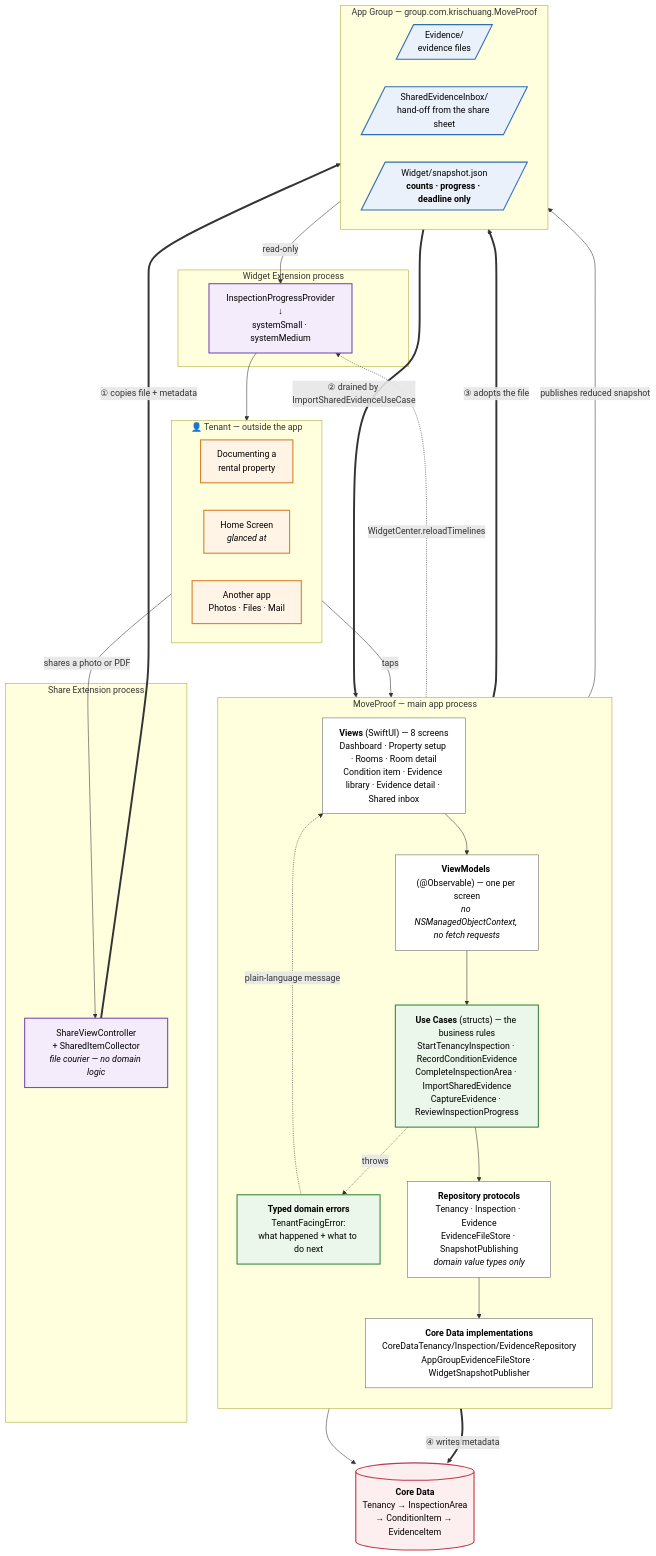
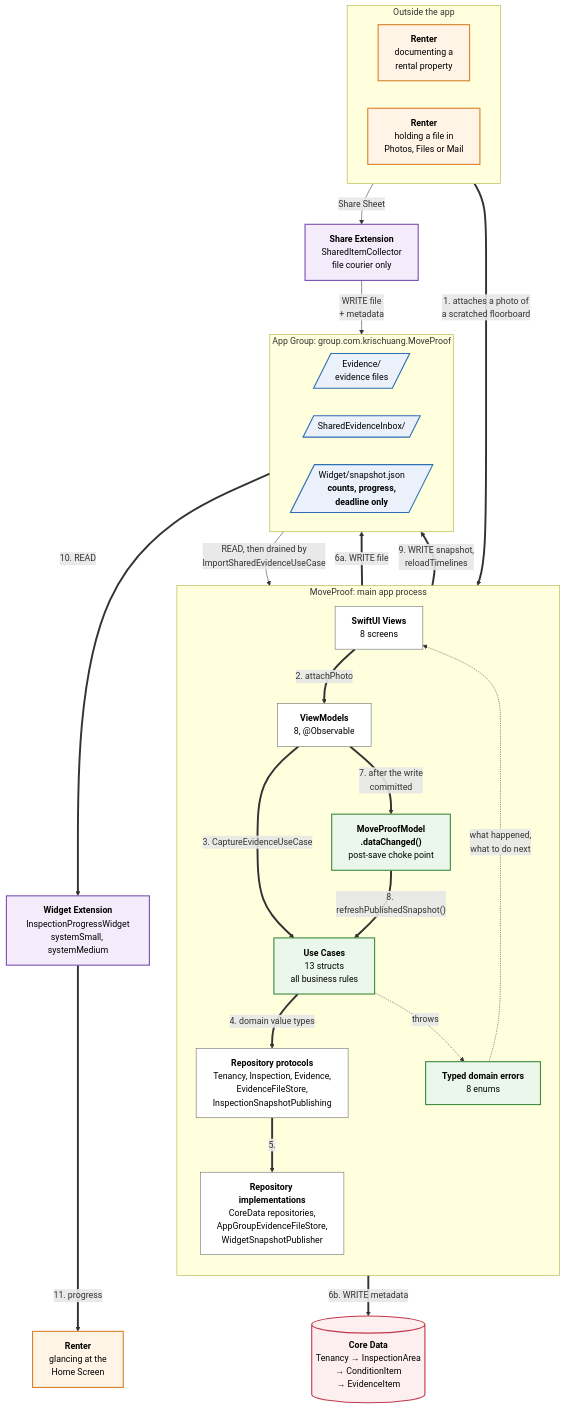
Before and after one commit to krischuang/MoveProof: the diagram in docs/architecture.mmd, drawn with Mermaid. The commit also changed 6 other files, not shown here.

First line of the commit message:
docs: align the README, diagram and assessment report with the implementation

```diff
--- a/docs/architecture.mmd
+++ b/docs/architecture.mmd
@@ -1,92 +1,87 @@
-%% MoveProof — architecture and primary use-case data flow
-%% (comment)
-%% Render:  npx @mermaid-js/mermaid-cli -i docs/architecture.mmd -o architecture.png -b white
+%% MoveProof: platform-integrated architecture and primary evidence-capture flow
+%% .
+%% Render (high resolution, for the report):
+%%   npx -y @mermaid-js/mermaid-cli@11 -i docs/architecture.mmd \
+%%     -o docs/architecture.png -c docs/mermaid-config.json -b white -s 3
 %% or paste into https://mermaid.live
-%% (comment)
-%% Reads top to bottom. The human boundary is the top row; the two extension
-%% processes are on the right; everything between the Views box and Core Data is
-%% the main app, and each arrow downward is a layer the code may not skip.
+%% .
+%% Reads top to bottom. The top row is outside the app, so the boundary between the
+%% renter and the system is explicit. Each downward arrow inside the main app is a
+%% layer the code may not skip, and the numbers follow one real workflow: the renter
+%% attaches a photograph to a condition item, and the Home Screen widget catches up
+%% with it. READ and WRITE are labelled on every arrow crossing into the App Group.
 
 flowchart TB
 
-    %% ---------- Human boundary ----------
-    subgraph HUMAN["👤 Tenant — outside the app"]
+    %% ---------- Human / system boundary ----------
+    subgraph HUMAN["Outside the app"]
         direction LR
-        T["Documenting a<br/>rental property"]
-        HS["Home Screen<br/><i>glanced at</i>"]
-        OTHER["Another app<br/>Photos · Files · Mail"]
+        T["<b>Renter</b><br/>documenting a<br/>rental property"]
+        OTHER["<b>Renter</b><br/>holding a file in<br/>Photos, Files or Mail"]
     end
 
     %% ---------- Main app ----------
-    subgraph APP["MoveProof — main app process"]
+    subgraph APP["MoveProof: main app process"]
         direction TB
-
-        V["<b>Views</b> (SwiftUI) — 8 screens<br/>Dashboard · Property setup · Rooms · Room detail<br/>Condition item · Evidence library · Evidence detail · Shared inbox"]
-
-        VM["<b>ViewModels</b> (@Observable) — one per screen<br/><i>no NSManagedObjectContext, no fetch requests</i>"]
-
-        UC["<b>Use Cases</b> (structs) — the business rules<br/>StartTenancyInspection · RecordConditionEvidence<br/>CompleteInspectionArea · ImportSharedEvidence<br/>CaptureEvidence · ReviewInspectionProgress"]
-
-        ERR["<b>Typed domain errors</b><br/>TenantFacingError:<br/>what happened + what to do next"]
-
-        REPO["<b>Repository protocols</b><br/>Tenancy · Inspection · Evidence<br/>EvidenceFileStore · SnapshotPublishing<br/><i>domain value types only</i>"]
-
-        IMPL["<b>Core Data implementations</b><br/>CoreDataTenancy/Inspection/EvidenceRepository<br/>AppGroupEvidenceFileStore · WidgetSnapshotPublisher"]
+        V["<b>SwiftUI Views</b><br/>8 screens"]
+        VM["<b>ViewModels</b><br/>8, @Observable"]
+        UC["<b>Use Cases</b><br/>13 structs<br/>all business rules"]
+        MODEL["<b>MoveProofModel</b><br/><b>.dataChanged()</b><br/>post-save choke point"]
+        ERR["<b>Typed domain errors</b><br/>8 enums"]
+        REPO["<b>Repository protocols</b><br/>Tenancy, Inspection, Evidence,<br/>EvidenceFileStore,<br/>InspectionSnapshotPublishing"]
+        IMPL["<b>Repository implementations</b><br/>CoreData repositories,<br/>AppGroupEvidenceFileStore,<br/>WidgetSnapshotPublisher"]
     end
 
-    CD[("<b>Core Data</b><br/>Tenancy → InspectionArea<br/>→ ConditionItem → EvidenceItem")]
+    CD[("<b>Core Data</b><br/>Tenancy → InspectionArea<br/>→ ConditionItem<br/>→ EvidenceItem")]
 
     %% ---------- Shared container ----------
-    subgraph GROUP["App Group — group.com.krischuang.MoveProof"]
+    subgraph GROUP["App Group: group.com.krischuang.MoveProof"]
         direction LR
         G_EV[/"Evidence/<br/>evidence files"/]
-        G_IN[/"SharedEvidenceInbox/<br/>hand-off from the share sheet"/]
-        G_WI[/"Widget/snapshot.json<br/><b>counts · progress · deadline only</b>"/]
+        G_IN[/"SharedEvidenceInbox/"/]
+        G_WI[/"Widget/snapshot.json<br/><b>counts, progress,<br/>deadline only</b>"/]
     end
 
-    %% ---------- Extensions ----------
-    subgraph SHAREX["Share Extension process"]
-        SE["ShareViewController<br/>+ SharedItemCollector<br/><i>file courier — no domain logic</i>"]
-    end
+    %% ---------- The renter again, and the two extension processes ----------
+    HS["<b>Renter</b><br/>glancing at the<br/>Home Screen"]
 
-    subgraph WIDGETX["Widget Extension process"]
-        WP["InspectionProgressProvider<br/>↓<br/>systemSmall · systemMedium"]
-    end
+    SE["<b>Share Extension</b><br/>SharedItemCollector<br/>file courier only"]
+    WP["<b>Widget Extension</b><br/>InspectionProgressWidget<br/>systemSmall, systemMedium"]
 
-    %% ---------- Main vertical flow ----------
-    T -->|taps| V
-    V --> VM
-    VM --> UC
-    UC -. throws .-> ERR
-    ERR -. "plain-language message" .-> V
-    UC --> REPO
-    REPO --> IMPL
-    IMPL --> CD
+    %% ---------- Primary flow: the renter captures evidence ----------
+    T ==>|"1. attaches a photo of<br/>a scratched floorboard"| V
+    V ==>|"2. attachPhoto"| VM
+    VM ==>|"3. CaptureEvidenceUseCase"| UC
+    UC ==>|"4. domain value types"| REPO
+    REPO ==>|"5."| IMPL
+    IMPL ==>|"6a. WRITE file"| G_EV
+    IMPL ==>|"6b. WRITE metadata"| CD
+    VM ==>|"7. after the write<br/>committed"| MODEL
+    MODEL ==>|"8. refreshPublishedSnapshot()"| UC
+    IMPL ==>|"9. WRITE snapshot,<br/>reloadTimelines"| G_WI
+    G_WI ==>|"10. READ"| WP
+    WP ==>|"11. progress"| HS
 
-    %% ---------- Share Extension path (primary use case) ----------
-    OTHER -->|"shares a photo or PDF"| SE
-    SE ==>|"① copies file + metadata"| G_IN
-    G_IN ==>|"② drained by ImportSharedEvidenceUseCase"| UC
-    IMPL ==>|"③ adopts the file"| G_EV
-    IMPL ==>|"④ writes metadata"| CD
+    %% ---------- Secondary flow: a file arrives from another app ----------
+    OTHER -->|"Share Sheet"| SE
+    SE -->|"WRITE file<br/>+ metadata"| G_IN
+    G_IN -->|"READ, then drained by<br/>ImportSharedEvidenceUseCase"| UC
 
-    %% ---------- Widget path ----------
-    IMPL -->|"publishes reduced snapshot"| G_WI
-    IMPL -.->|"WidgetCenter.reloadTimelines"| WP
-    G_WI -->|"read-only"| WP
-    WP --> HS
+    %% ---------- Refusals return to the renter in domain language ----------
+    UC -. "throws" .-> ERR
+    ERR -. "what happened,<br/>what to do next" .-> V
 
     %% ---------- Styling ----------
-    classDef human fill:#fff4e6,stroke:#d9822b,stroke-width:2px,color:#000
-    classDef rules fill:#eaf7ea,stroke:#3d8b40,stroke-width:2px,color:#000
+    classDef human  fill:#fff4e6,stroke:#d9822b,stroke-width:2px,color:#000
+    classDef domain fill:#eaf7ea,stroke:#3d8b40,stroke-width:2px,color:#000
     classDef shared fill:#eaf1fb,stroke:#2f6fb5,stroke-width:2px,color:#000
     classDef ext    fill:#f4ecfb,stroke:#7a4fb5,stroke-width:2px,color:#000
     classDef store  fill:#fdeef0,stroke:#c0394b,stroke-width:2px,color:#000
     classDef layer  fill:#ffffff,stroke:#666,color:#000
 
     class T,HS,OTHER human
-    class UC,ERR rules
+    class UC,ERR,MODEL domain
     class G_EV,G_IN,G_WI shared
     class SE,WP ext
     class CD store
     class V,VM,REPO,IMPL layer
```
